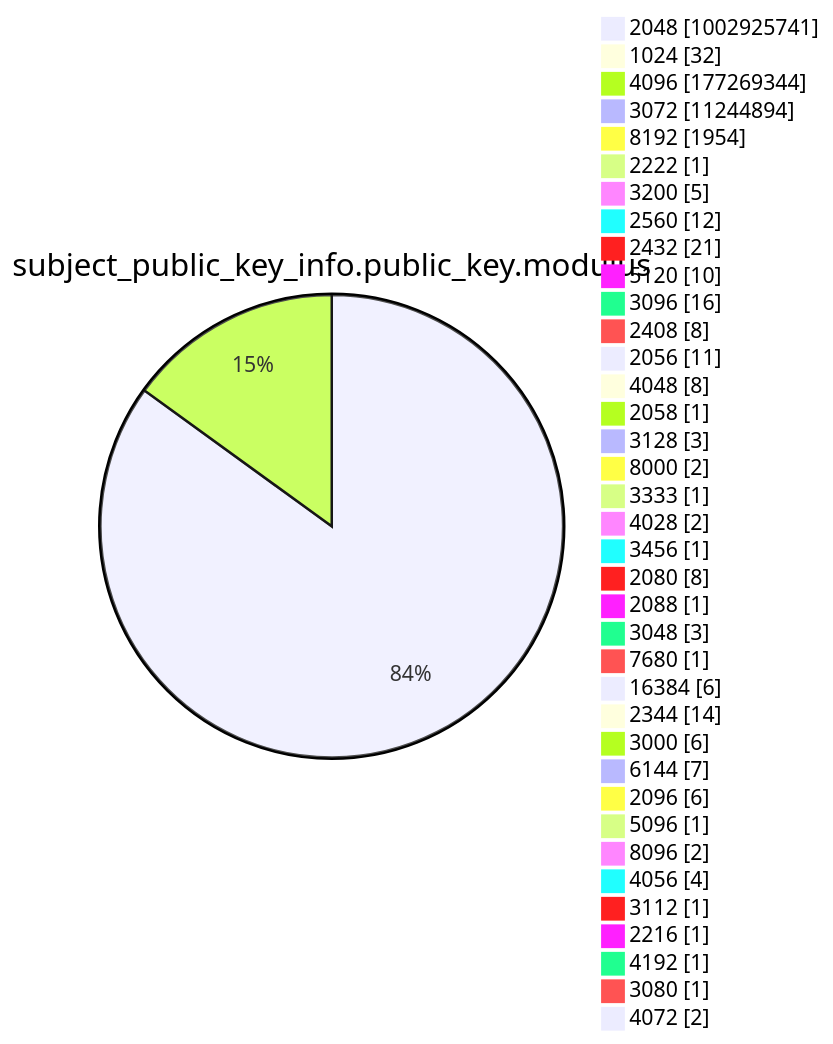
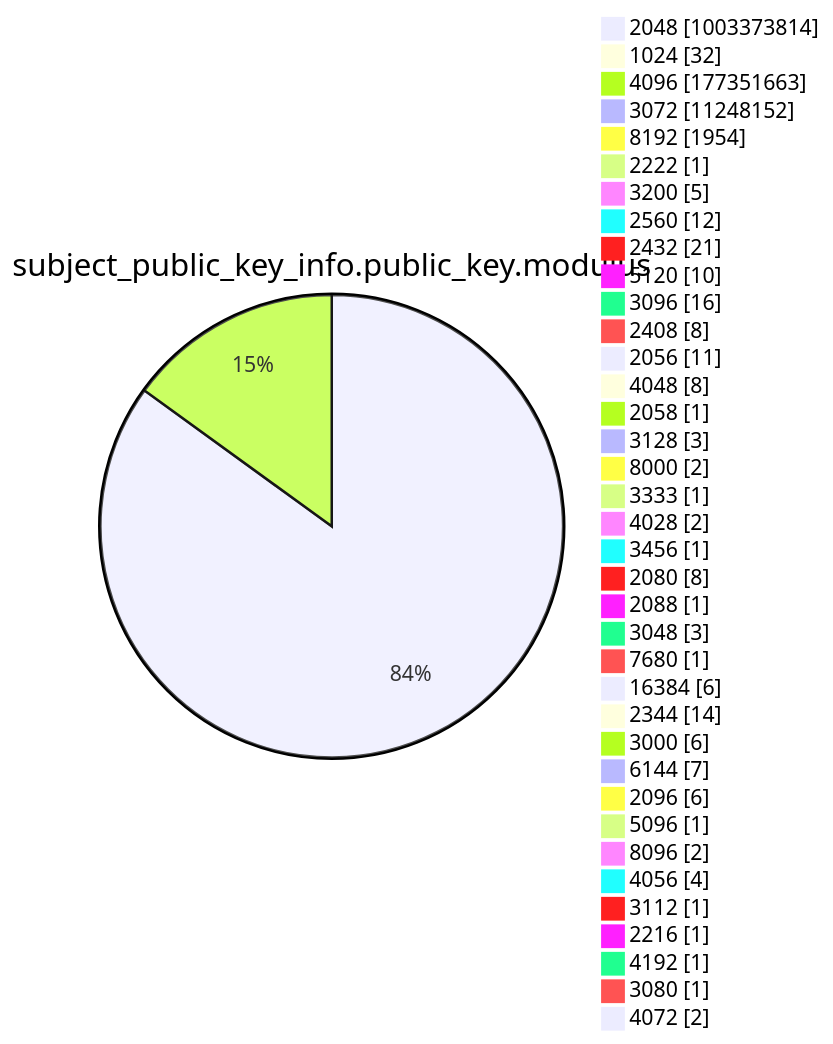
Before and after one commit to christiankrug/ctmonitor_visualization: diagram 13 of 15 in argon2022/README.md, drawn with Mermaid. The commit also changed other lines of this file, not shown here.

````diff
--- a/argon2022/README.md
+++ b/argon2022/README.md
@@ -3587,41 +3587,41 @@
 ```mermaid
 pie showData
 title subject_public_key_info.public_key.modulus
-"2048" :1002925741
+"2048" :1003373814
 "1024" :32
-"4096" :177269344
-"3072" :11244894
+"4096" :177351663
+"3072" :11248152
 "8192" :1954
 "2222" :1
 "3200" :5
 "2560" :12
 "2432" :21
 "5120" :10
 "3096" :16
 "2408" :8
 "2056" :11
 "4048" :8
 "2058" :1
 "3128" :3
 "8000" :2
 "3333" :1
 "4028" :2
 "3456" :1
 "2080" :8
 "2088" :1
 "3048" :3
 "7680" :1
 "16384" :6
 "2344" :14
 "3000" :6
 "6144" :7
 "2096" :6
 "5096" :1
 "8096" :2
 "4056" :4
 "3112" :1
 "2216" :1
 "4192" :1
 "3080" :1
 "4072" :2
 ```
````
